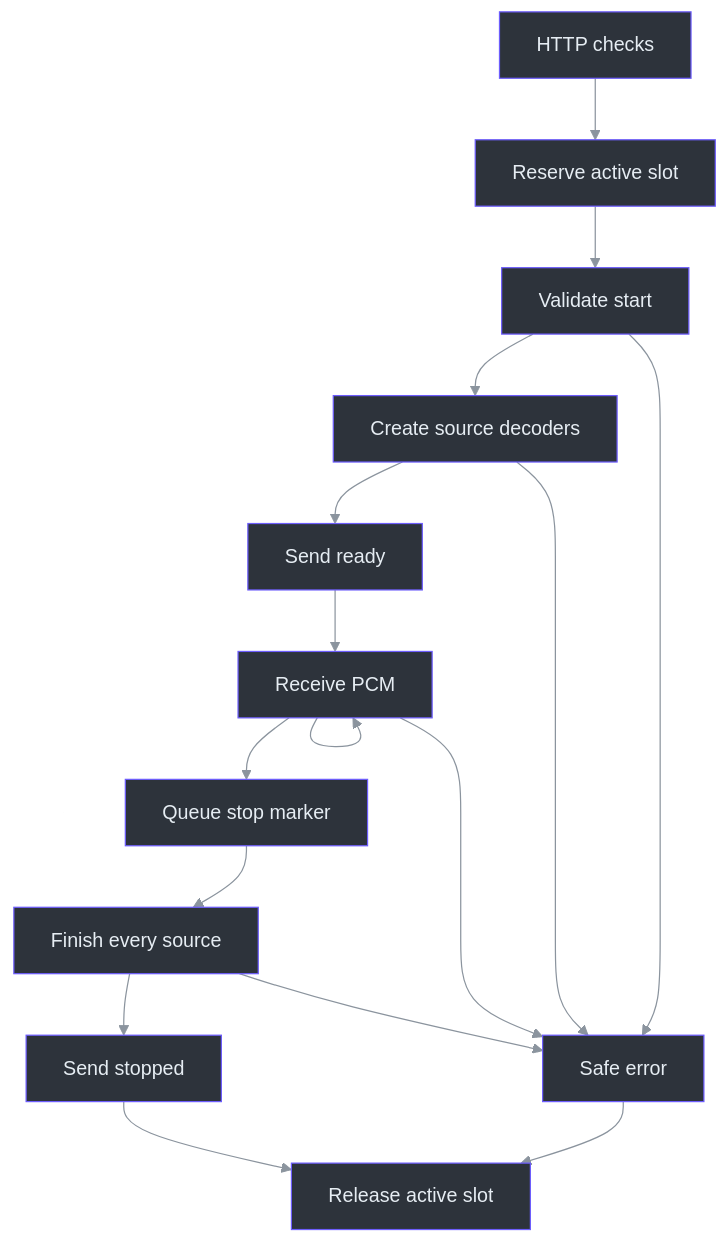
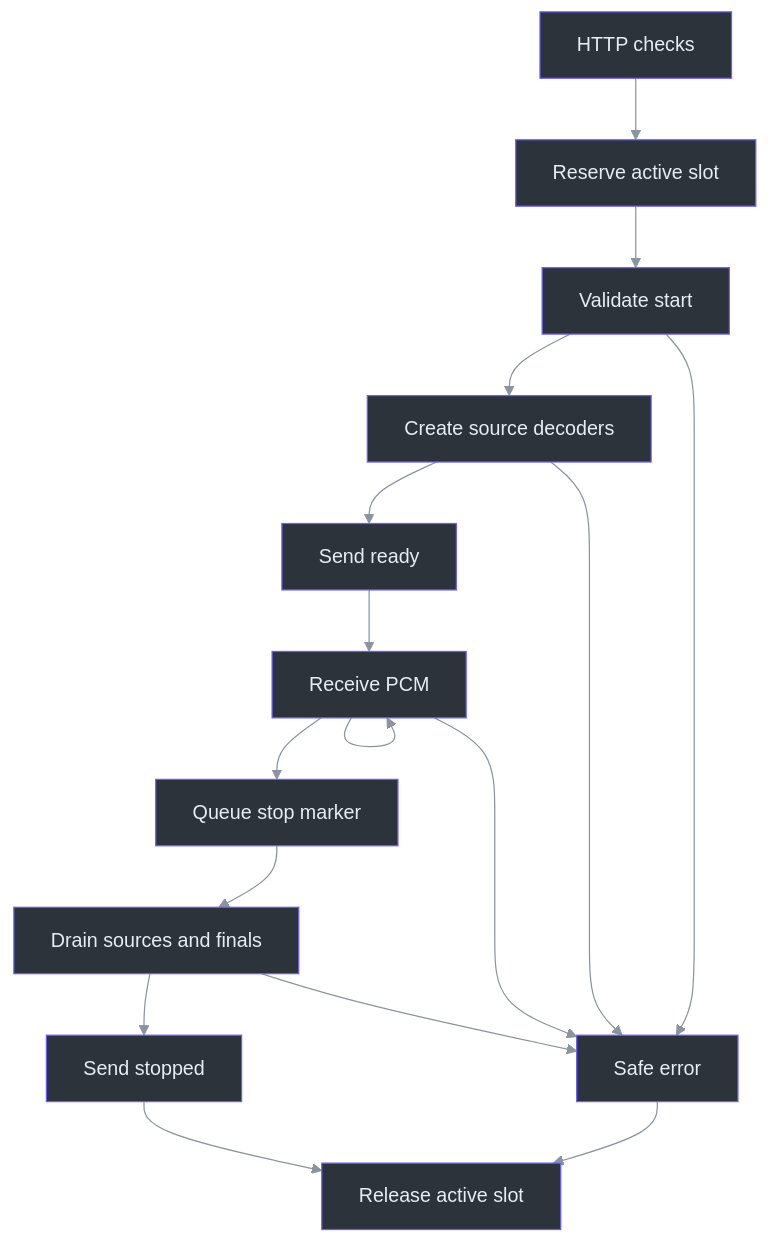
Before and after one commit to Zanark/phantom-fudge: the first of 2 diagrams in docs/handbook/08-streaming-protocol.md, drawn with Mermaid. The commit also changed other lines of this file and 371 other files, not shown here.

````diff
--- a/docs/handbook/08-streaming-protocol.md
+++ b/docs/handbook/08-streaming-protocol.md
@@ -21,35 +23,35 @@
 ```mermaid
 ---
 config: {"theme":"base","themeVariables":{"primaryColor":"#2d333b","primaryBorderColor":"#6d5dfc","primaryTextColor":"#e6edf3","lineColor":"#8b949e","clusterBkg":"#161b22","clusterBorder":"#30363d"}}
 ---
 flowchart TB
     accTitle: Protocol admission and terminal paths
     accDescr: Authentication and availability precede schema validation, decoder creation, streaming, and a drain or failure.
     H["HTTP checks"] --> A["Reserve active slot"]
     A --> S["Validate start"]
     S --> D["Create source decoders"]
     D --> R["Send ready"]
     R --> P["Receive PCM"]
     P --> P
     P --> Q["Queue stop marker"]
-    Q --> F["Finish every source"]
+    Q --> F["Drain sources and finals"]
     F --> T["Send stopped"]
     S --> E["Safe error"]
     D --> E
     P --> E
     F --> E
     T --> X["Release active slot"]
     E --> X
     style H fill:#2d333b,stroke:#6d5dfc,color:#e6edf3
     style A fill:#2d333b,stroke:#6d5dfc,color:#e6edf3
     style S fill:#2d333b,stroke:#6d5dfc,color:#e6edf3
     style D fill:#2d333b,stroke:#6d5dfc,color:#e6edf3
     style R fill:#2d333b,stroke:#6d5dfc,color:#e6edf3
     style P fill:#2d333b,stroke:#6d5dfc,color:#e6edf3
     style Q fill:#2d333b,stroke:#6d5dfc,color:#e6edf3
     style F fill:#2d333b,stroke:#6d5dfc,color:#e6edf3
     style T fill:#2d333b,stroke:#6d5dfc,color:#e6edf3
     style E fill:#2d333b,stroke:#6d5dfc,color:#e6edf3
     style X fill:#2d333b,stroke:#6d5dfc,color:#e6edf3
     linkStyle default stroke:#8b949e
 ```
````
